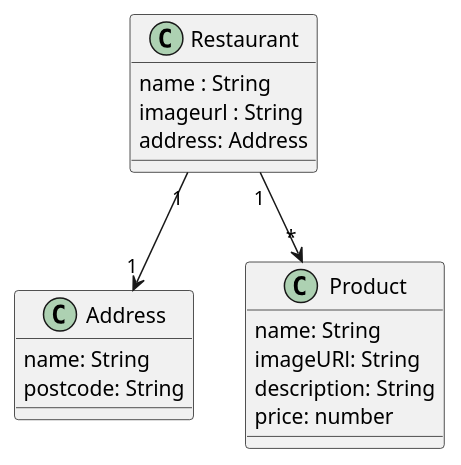
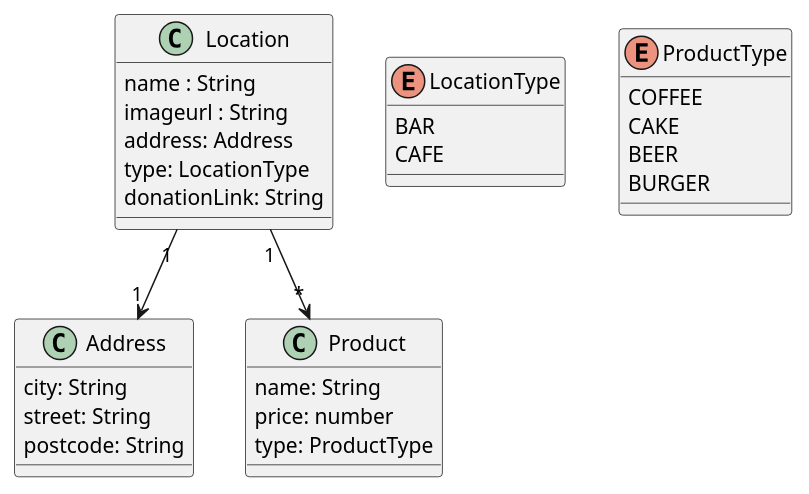
The diagram in doc/model.puml (VirtualCoffee/lokalrunde), drawn with PlantUML before and after one commit.

Commit message:
update UML diagramm

```diff
--- a/doc/model.puml
+++ b/doc/model.puml
@@ -1,24 +1,39 @@
 @startuml
 
-Restaurant "1" --> "1" Address
-Restaurant "1" --> "*" Product
+Location "1" --> "1" Address
+Location "1" --> "*" Product
 
-class Restaurant {
+class Location {
    name : String
    imageurl : String
    address: Address
+   type: LocationType
+   donationLink: String
+}
+
+enum LocationType
+{
+    BAR
+    CAFE
 }
 
 class Address {
-    name: String
+    city: String
+    street: String
     postcode: String
 }
 
 class Product {
     name: String
-    imageURl: String
-    description: String
     price: number
+    type: ProductType
+}
+
+enum ProductType {
+    COFFEE
+    CAKE
+    BEER
+    BURGER
 }
 
 @enduml
```
